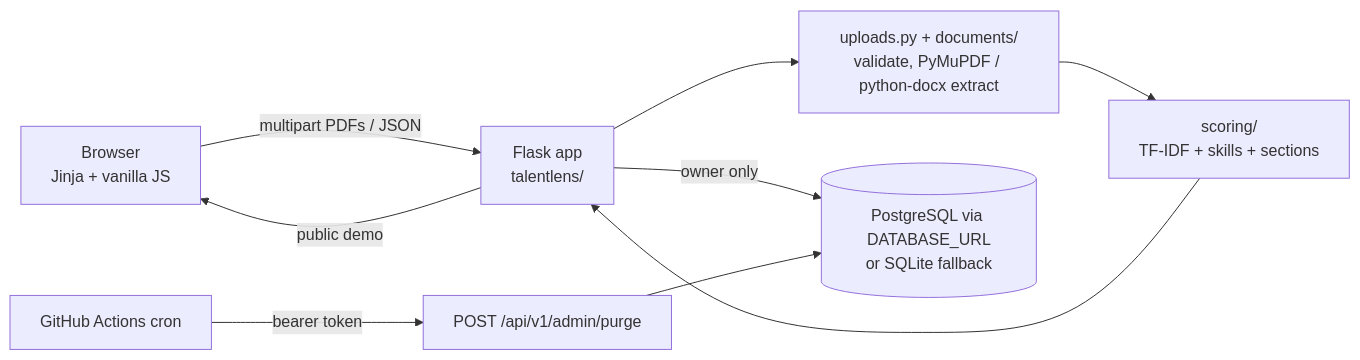
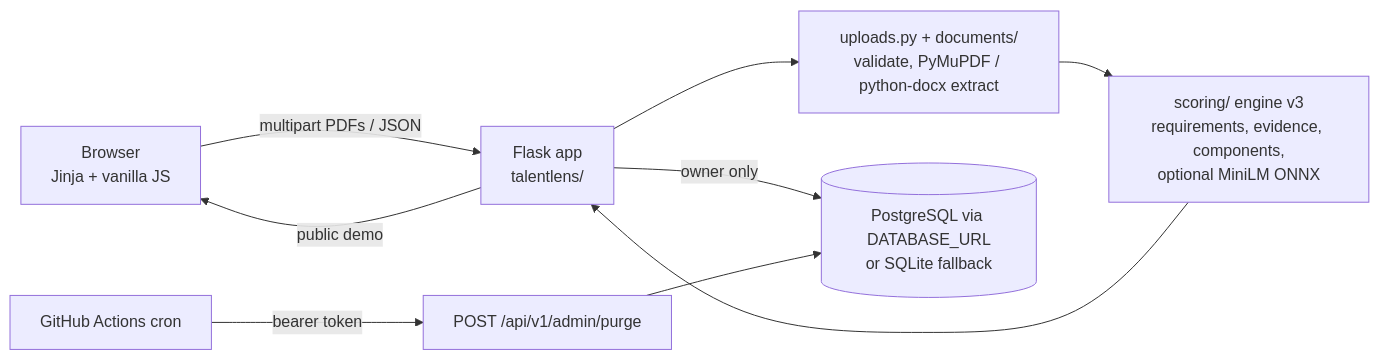
The diagram in README.md (gagan76565/ai-resume-ranker), drawn with Mermaid before and after one commit. The commit also changed other lines of this file and 7 other files, not shown here.

First line of the commit message:
docs(ai): methodology, architecture, plan/status, persistence proposal, API v2.2

````diff
--- a/README.md
+++ b/README.md
@@ -61,11 +79,11 @@
 ```mermaid
 flowchart LR
   B[Browser<br/>Jinja + vanilla JS] -- multipart PDFs / JSON --> F[Flask app<br/>talentlens/]
   F --> U[uploads.py + documents/<br/>validate, PyMuPDF / python-docx extract]
-  U --> S[scoring/<br/>TF-IDF + skills + sections]
+  U --> S[scoring/ engine v3<br/>requirements, evidence, components,<br/>optional MiniLM ONNX]
   S --> F
   F -- owner only --> D[(PostgreSQL via DATABASE_URL<br/>or SQLite fallback)]
   F -- public demo --> B
   C[GitHub Actions cron] -- bearer token --> P["POST /api/v1/admin/purge"]
   P --> D
 ```
````
